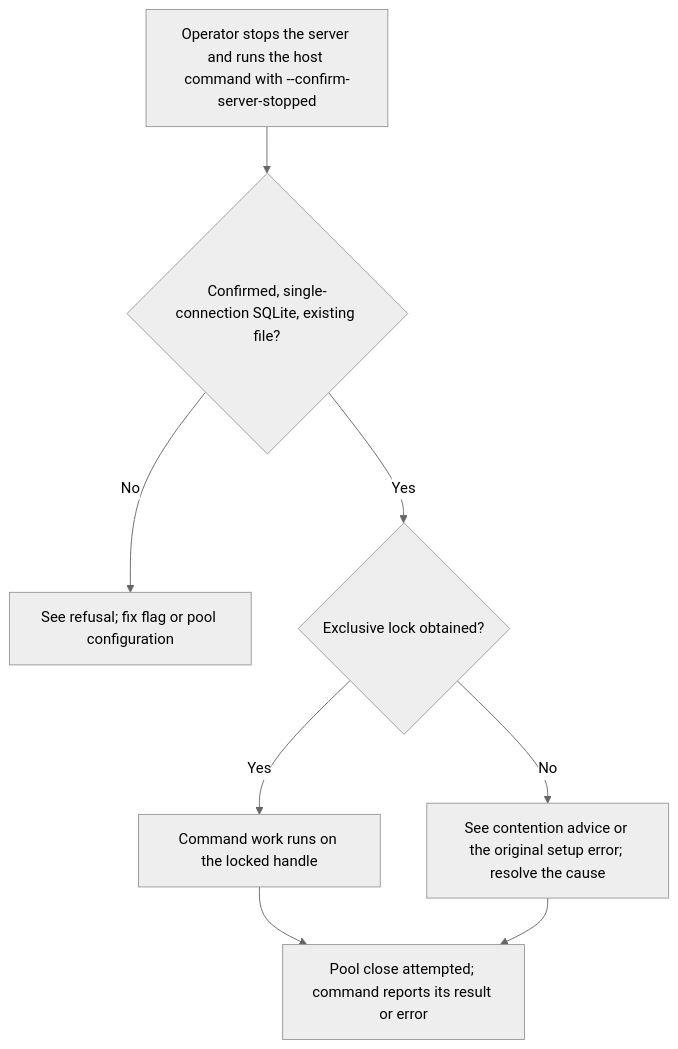
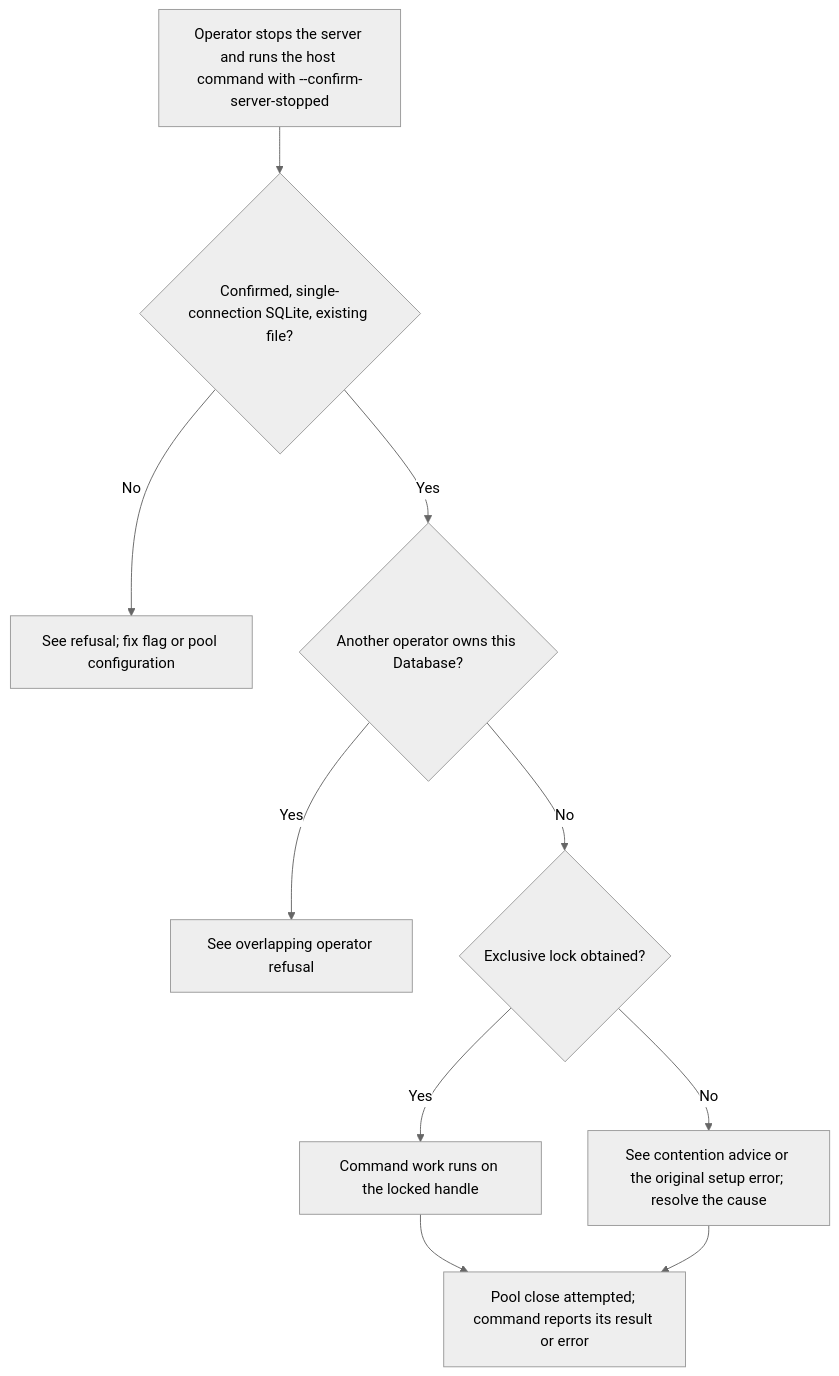
The first of 2 diagrams in user-stories/operator-guards/us-op-07-stopped-server-operator-command.md (Kevinjohn/oss-adonisjs-sqlite-backup), drawn with Mermaid (neutral theme) before and after one commit. The commit also changed other lines of this file and 12 other files, not shown here.

````diff
--- a/user-stories/operator-guards/us-op-07-stopped-server-operator-command.md
+++ b/user-stories/operator-guards/us-op-07-stopped-server-operator-command.md
@@ -27,10 +29,12 @@
 ```mermaid
 flowchart TD
     A["Operator stops the server and runs the host command with --confirm-server-stopped"] --> B{"Confirmed, single-connection SQLite, existing file?"}
     B -->|No| C["See refusal; fix flag or pool configuration"]
-    B -->|Yes| D{"Exclusive lock obtained?"}
+    B -->|Yes| O{"Another operator owns this Database?"}
+    O -->|Yes| X2["See overlapping operator refusal"]
+    O -->|No| D{"Exclusive lock obtained?"}
     D -->|No| E["See contention advice or the original setup error; resolve the cause"]
     D -->|Yes| F["Command work runs on the locked handle"]
     F --> G["Pool close attempted; command reports its result or error"]
     E --> G
 ```
````
